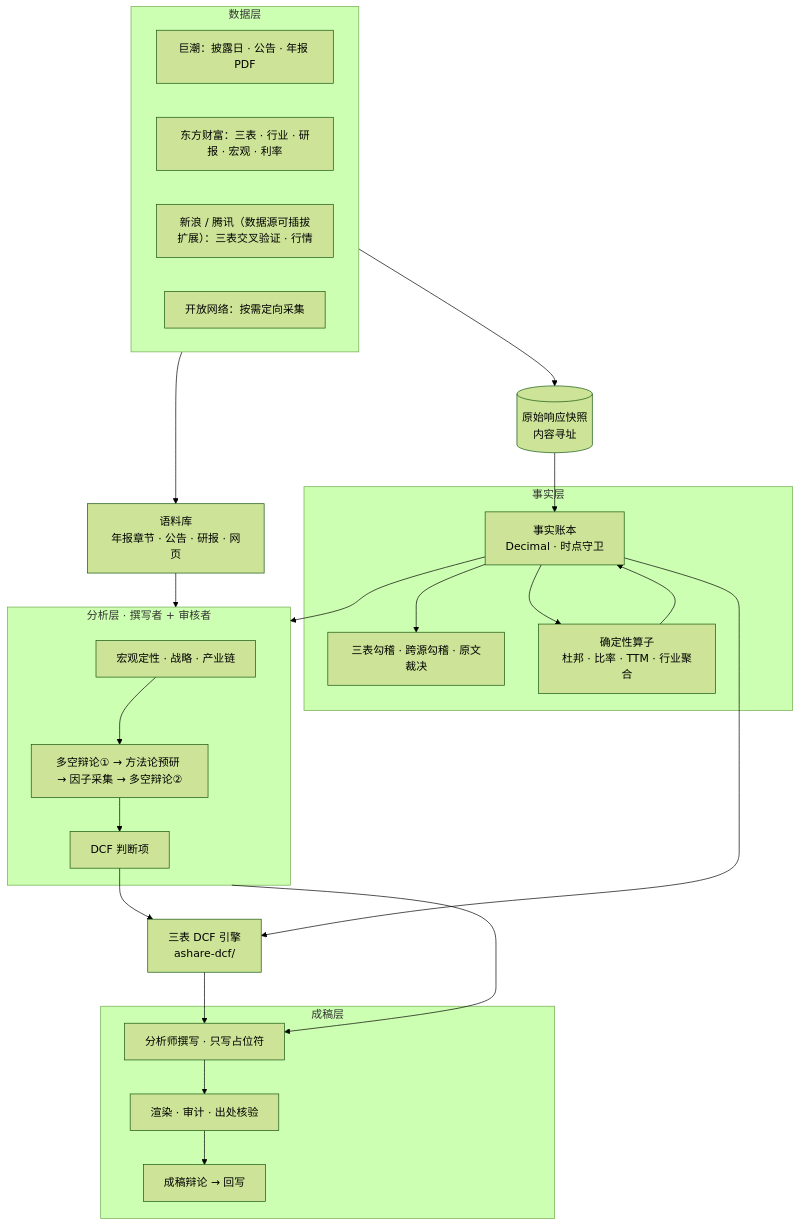
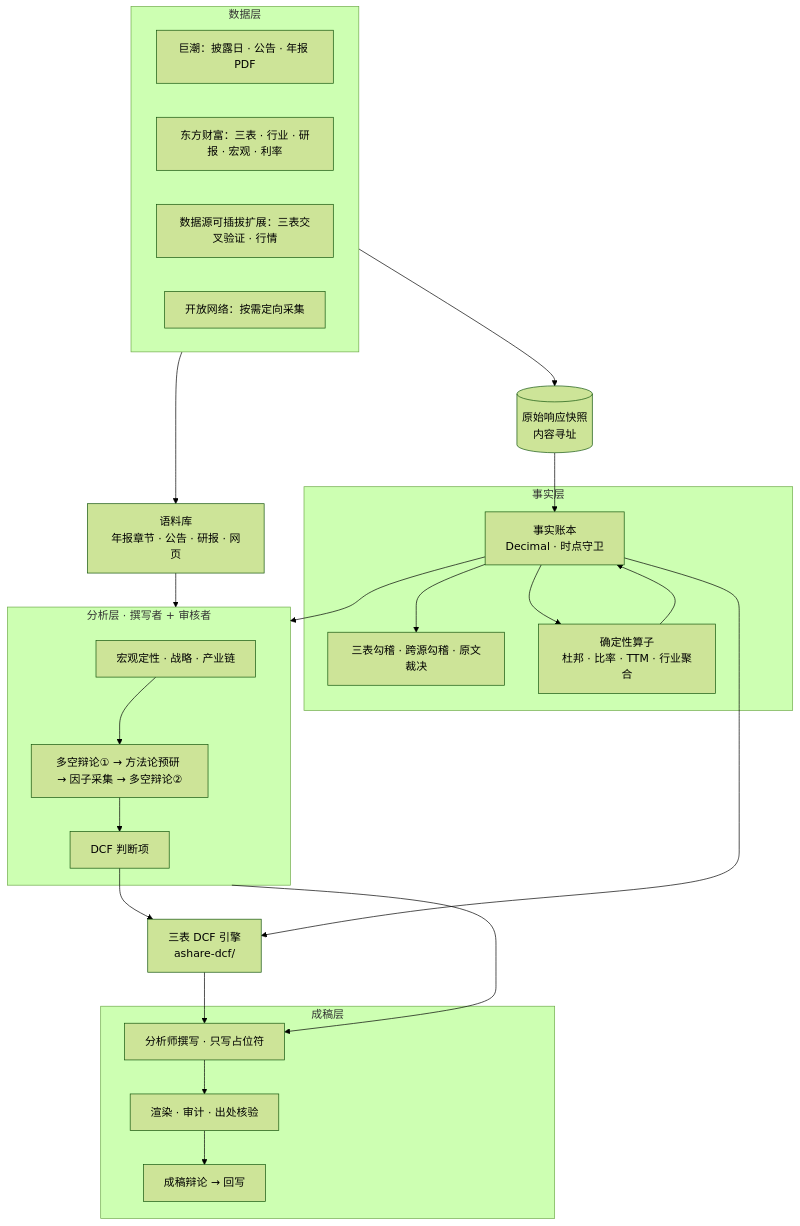
One commit to 928460495/ir-agent changed the first of 3 diagrams in README.md. Above: the diagram before and after it, drawn with Mermaid (forest theme).

````diff
--- a/README.md
+++ b/README.md
@@ -37,37 +37,37 @@
 ```mermaid
 flowchart TB
     subgraph S["数据层"]
         S1["巨潮：披露日 · 公告 · 年报 PDF"]
         S2["东方财富：三表 · 行业 · 研报 · 宏观 · 利率"]
-        S3["新浪 / 腾讯（数据源可插拔扩展）：三表交叉验证 · 行情"]
+        S3["数据源可插拔扩展：三表交叉验证 · 行情"]
         S4["开放网络：按需定向采集"]
     end
     SNAP[("原始响应快照<br/>内容寻址")]
     subgraph F["事实层"]
         L["事实账本<br/>Decimal · 时点守卫"]
         V["三表勾稽 · 跨源勾稽 · 原文裁决"]
         O["确定性算子<br/>杜邦 · 比率 · TTM · 行业聚合"]
     end
     C["语料库<br/>年报章节 · 公告 · 研报 · 网页"]
     subgraph A["分析层 · 撰写者 + 审核者"]
         A1["宏观定性 · 战略 · 产业链"]
         A2["多空辩论① → 方法论预研 → 因子采集 → 多空辩论②"]
         A3["DCF 判断项"]
     end
     DCF["三表 DCF 引擎<br/>ashare-dcf/"]
     subgraph R["成稿层"]
         R1["分析师撰写 · 只写占位符"]
         R2["渲染 · 审计 · 出处核验"]
         R3["成稿辩论 → 回写"]
     end
     S --> SNAP --> L
     L --> V
     L --> O --> L
     S --> C
     L --> A
     C --> A
     A1 --> A2 --> A3 --> DCF
     L --> DCF
     A --> R1 --> R2 --> R3
     DCF --> R1
 ```
````
